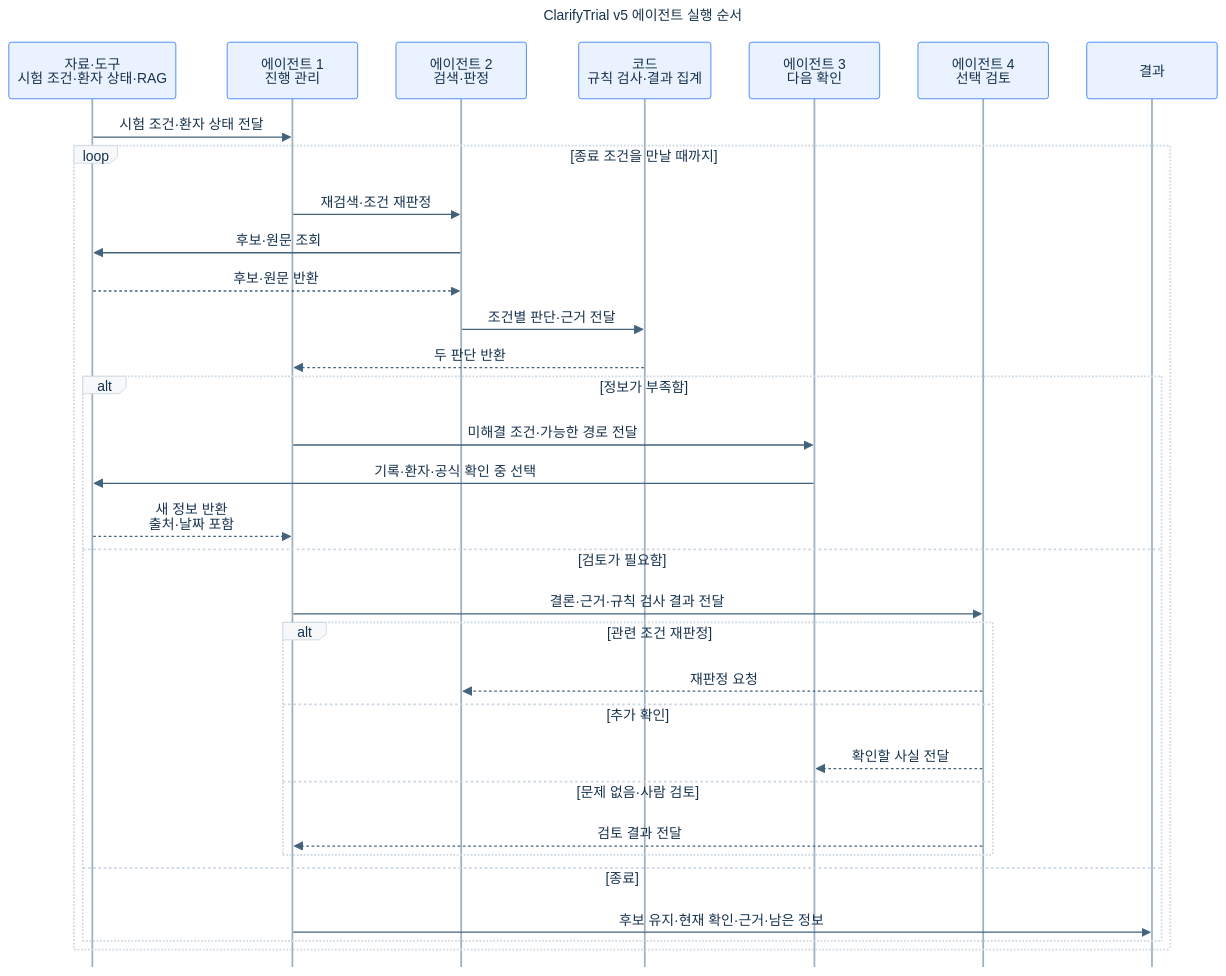
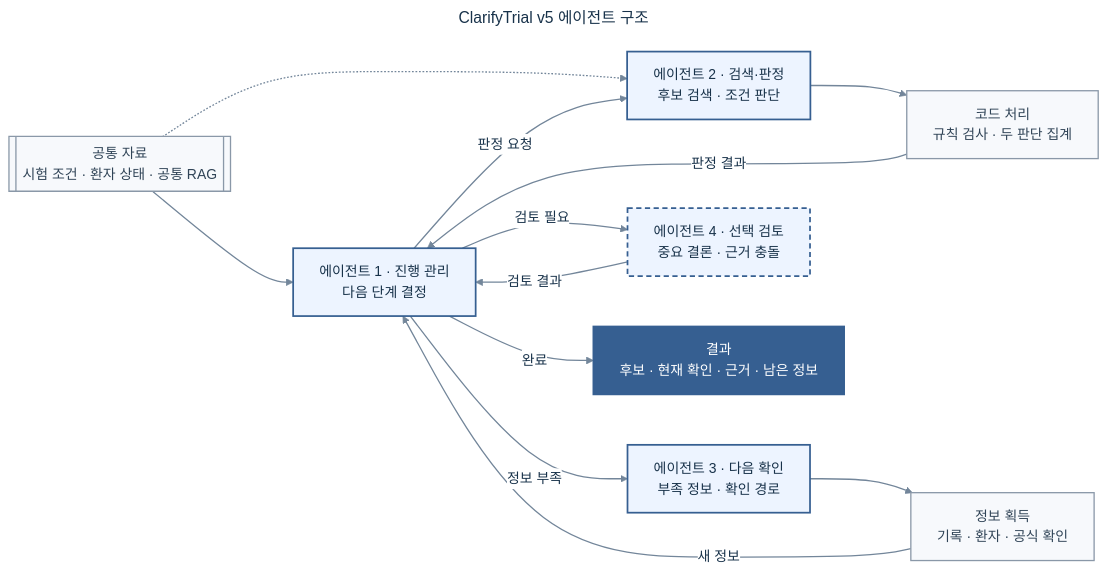
Before and after one commit to health-agent/Clarifytrial: the diagram in docs/internal/diagrams/clarifytrial-performance-agent-architecture.mmd, drawn with Mermaid. The commit also changed 3 other files, not shown here.

Commit message:
Replace agent diagram with unified Mermaid flowchart

```diff
--- a/docs/internal/diagrams/clarifytrial-performance-agent-architecture.mmd
+++ b/docs/internal/diagrams/clarifytrial-performance-agent-architecture.mmd
@@ -1,69 +1,49 @@
 ---
-title: ClarifyTrial v5 에이전트 실행 순서
+title: ClarifyTrial v5 에이전트 구조
 config:
   theme: base
-  sequence:
-    mirrorActors: false
-    diagramMarginX: 40
-    diagramMarginY: 20
-    actorMargin: 44
-    messageMargin: 28
-    noteMargin: 10
+  flowchart:
+    curve: basis
+    nodeSpacing: 58
+    rankSpacing: 72
+    wrappingWidth: 280
   themeVariables:
     background: '#ffffff'
-    primaryColor: '#eaf2ff'
-    primaryBorderColor: '#3b82f6'
-    primaryTextColor: '#17324d'
-    secondaryColor: '#eef7f5'
-    tertiaryColor: '#f3e8ff'
-    lineColor: '#57728a'
-    actorBkg: '#eaf2ff'
-    actorBorder: '#3b82f6'
-    actorTextColor: '#17324d'
-    actorLineColor: '#9db0c0'
-    signalColor: '#43627c'
-    signalTextColor: '#17324d'
-    labelBoxBkgColor: '#f6f8fa'
-    labelBoxBorderColor: '#ccd8e2'
-    labelTextColor: '#17324d'
-    loopTextColor: '#17324d'
-    noteBkgColor: '#fff7e6'
-    noteBorderColor: '#d69e2e'
-    noteTextColor: '#4a3413'
+    primaryTextColor: '#18324a'
+    lineColor: '#73869a'
+    edgeLabelBackground: '#ffffff'
     fontFamily: 'Pretendard, Noto Sans KR, Malgun Gothic, sans-serif'
 ---
-sequenceDiagram
-    participant S as 자료·도구<br/>시험 조건·환자 상태·RAG
-    participant A1 as 에이전트 1<br/>진행 관리
-    participant A2 as 에이전트 2<br/>검색·판정
-    participant C as 코드<br/>규칙 검사·결과 집계
-    participant A3 as 에이전트 3<br/>다음 확인
-    participant A4 as 에이전트 4<br/>선택 검토
-    participant O as 결과
+flowchart LR
+    S[["공통 자료<br/>시험 조건 · 환자 상태 · 공통 RAG"]]
+    A1["에이전트 1 · 진행 관리<br/>다음 단계 결정"]
+    A2["에이전트 2 · 검색·판정<br/>후보 검색 · 조건 판단"]
+    C["코드 처리<br/>규칙 검사 · 두 판단 집계"]
+    A3["에이전트 3 · 다음 확인<br/>부족 정보 · 확인 경로"]
+    E["정보 획득<br/>기록 · 환자 · 공식 확인"]
+    A4["에이전트 4 · 선택 검토<br/>중요 결론 · 근거 충돌"]
+    O["결과<br/>후보 · 현재 확인 · 근거 · 남은 정보"]
 
-    S->>A1: 시험 조건·환자 상태 전달
+    S --> A1
+    S -.-> A2
+    A1 -->|판정 요청| A2
+    A2 --> C
+    C -->|판정 결과| A1
+    A1 -->|정보 부족| A3
+    A3 --> E
+    E -->|새 정보| A1
+    A1 -->|검토 필요| A4
+    A4 -->|검토 결과| A1
+    A1 -->|완료| O
 
-    loop 종료 조건을 만날 때까지
-        A1->>A2: 재검색·조건 재판정
-        A2->>S: 후보·원문 조회
-        S-->>A2: 후보·원문 반환
-        A2->>C: 조건별 판단·근거 전달
-        C-->>A1: 두 판단 반환
+    classDef agent fill:#edf4ff,stroke:#365f91,stroke-width:2px,color:#18324a;
+    classDef optional fill:#edf4ff,stroke:#365f91,stroke-width:2px,stroke-dasharray:6 4,color:#18324a;
+    classDef shared fill:#f7f9fc,stroke:#8a98a8,stroke-width:1.5px,color:#304457;
+    classDef output fill:#365f91,stroke:#365f91,stroke-width:2px,color:#ffffff;
 
-        alt 정보가 부족함
-            A1->>A3: 미해결 조건·가능한 경로 전달
-            A3->>S: 기록·환자·공식 확인 중 선택
-            S-->>A1: 새 정보 반환<br/>출처·날짜 포함
-        else 검토가 필요함
-            A1->>A4: 결론·근거·규칙 검사 결과 전달
-            alt 관련 조건 재판정
-                A4-->>A2: 재판정 요청
-            else 추가 확인
-                A4-->>A3: 확인할 사실 전달
-            else 문제 없음·사람 검토
-                A4-->>A1: 검토 결과 전달
-            end
-        else 종료
-            A1->>O: 후보 유지·현재 확인·근거·남은 정보
-        end
-    end
+    class A1,A2,A3 agent;
+    class A4 optional;
+    class S,C,E shared;
+    class O output;
+
+    linkStyle default stroke:#73869a,stroke-width:1.5px;
```
